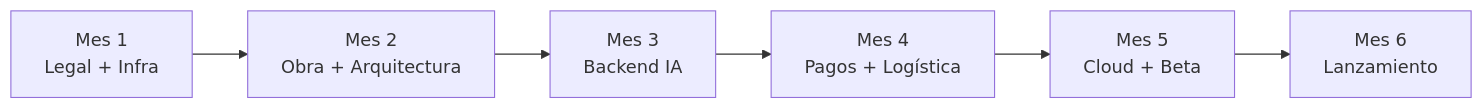
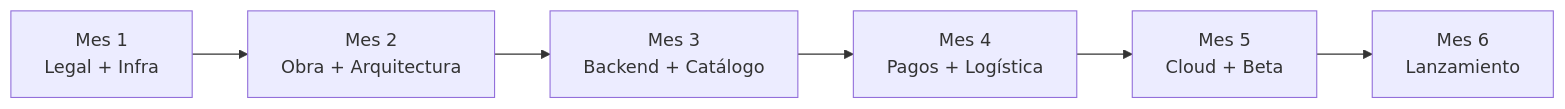
One commit to gracobjo/culebra changed the second of 2 diagrams in docs/Dossier_Socios_Marketplace_Villardeciervos.md. Above: the diagram before and after it, drawn with Mermaid. The commit also changed other lines of this file and 20 other files, not shown here.

````diff
--- a/docs/Dossier_Socios_Marketplace_Villardeciervos.md
+++ b/docs/Dossier_Socios_Marketplace_Villardeciervos.md
@@ -134,8 +196,8 @@
 ```mermaid
 flowchart LR
   M1[Mes 1\nLegal + Infra] --> M2[Mes 2\nObra + Arquitectura]
-  M2 --> M3[Mes 3\nBackend IA]
+  M2 --> M3[Mes 3\nBackend + Catálogo]
   M3 --> M4[Mes 4\nPagos + Logística]
   M4 --> M5[Mes 5\nCloud + Beta]
   M5 --> M6[Mes 6\nLanzamiento]
 ```
````
